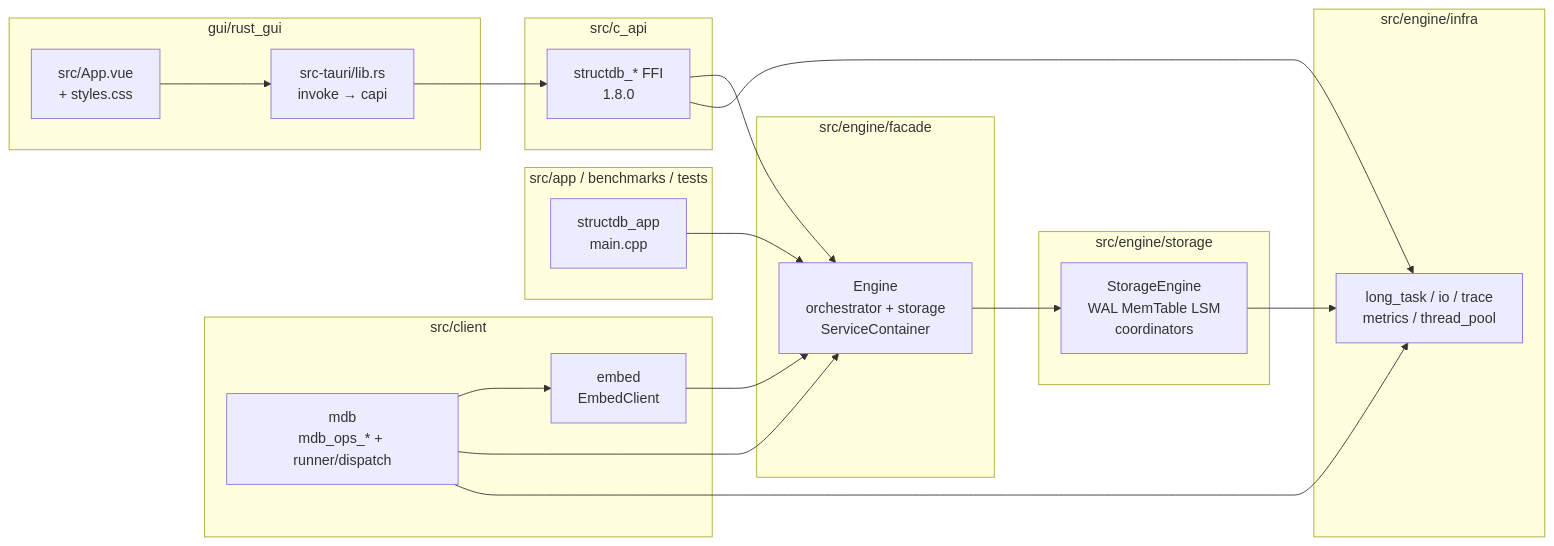
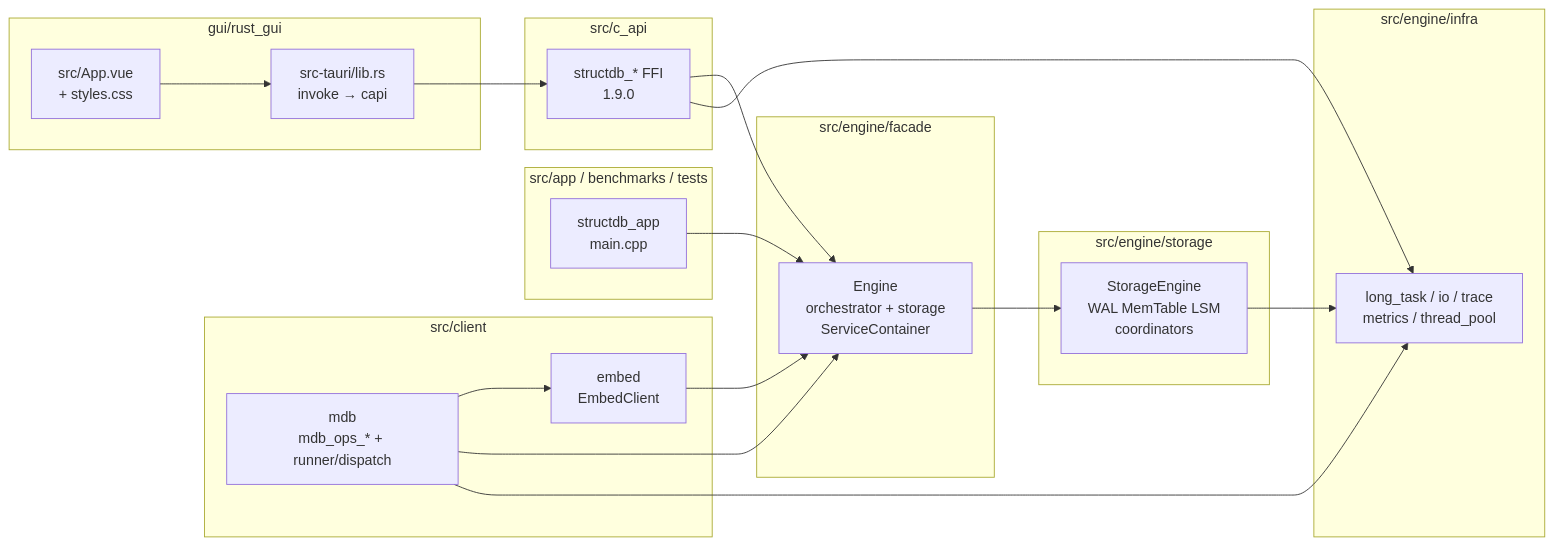
One commit to skyline019/database changed the fifth of 7 diagrams in Docs/ARCHITECTURE.md. Above: the diagram before and after it, drawn with Mermaid. The commit also changed other lines of this file and 7 other files, not shown here.

````diff
--- a/Docs/ARCHITECTURE.md
+++ b/Docs/ARCHITECTURE.md
@@ -228,38 +228,38 @@
 ```mermaid
 flowchart LR
   subgraph App["src/app / benchmarks / tests"]
     main["structdb_app\nmain.cpp"]
   end
   subgraph Infra["src/engine/infra"]
     IF["long_task / io / trace\nmetrics / thread_pool"]
   end
   subgraph Facade["src/engine/facade"]
     FE["Engine\norchestrator + storage\nServiceContainer"]
   end
   subgraph Storage["src/engine/storage"]
     ST["StorageEngine\nWAL MemTable LSM\ncoordinators"]
   end
   subgraph Client["src/client"]
     EM["embed\nEmbedClient"]
     MR["mdb\nmdb_ops_* + runner/dispatch"]
   end
   subgraph CAPI["src/c_api"]
-    FFI["structdb_* FFI\n1.8.0"]
+    FFI["structdb_* FFI\n1.9.0"]
   end
   subgraph GUI["gui/rust_gui"]
     RS["src-tauri/lib.rs\ninvoke → capi"]
     VU["src/App.vue\n+ styles.css"]
   end
 
   main --> FE
   FFI --> FE
   RS --> FFI
   VU --> RS
   MR --> EM
   MR --> FE
   EM --> FE
   FE --> ST
   ST --> IF
   MR --> IF
   FFI --> IF
 ```
````
